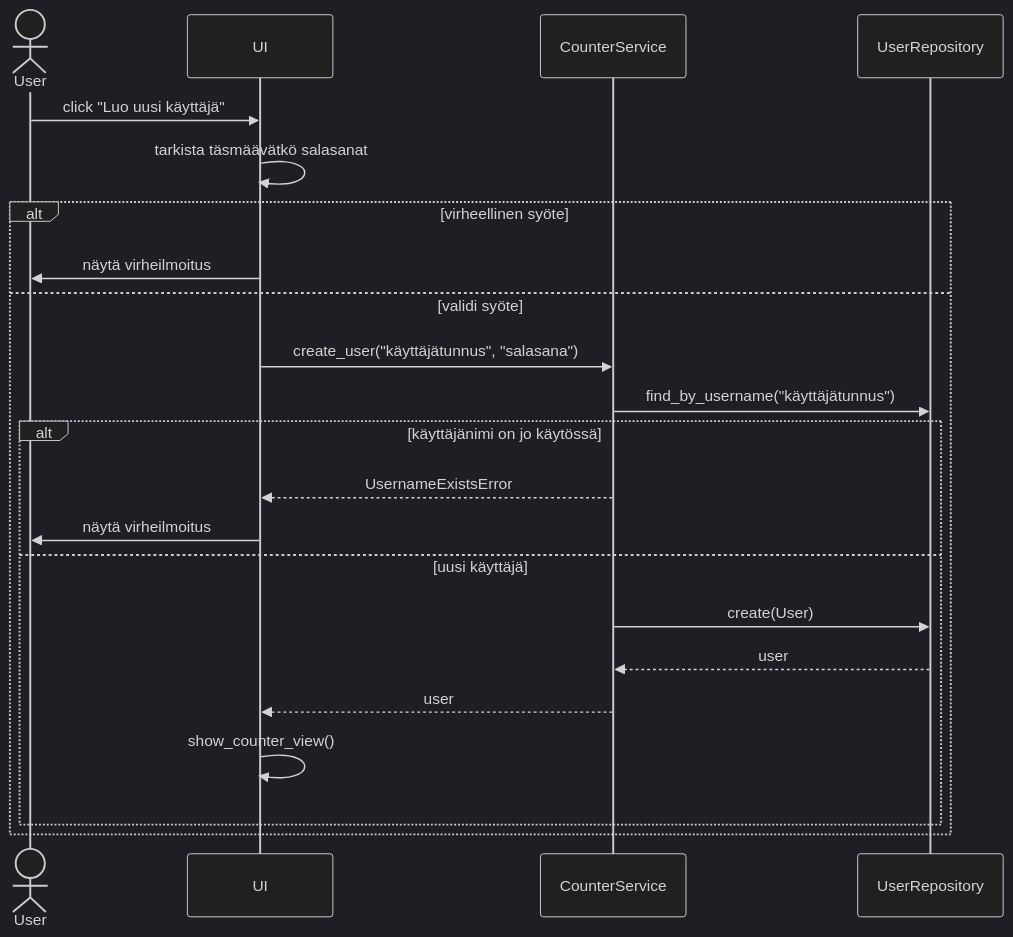
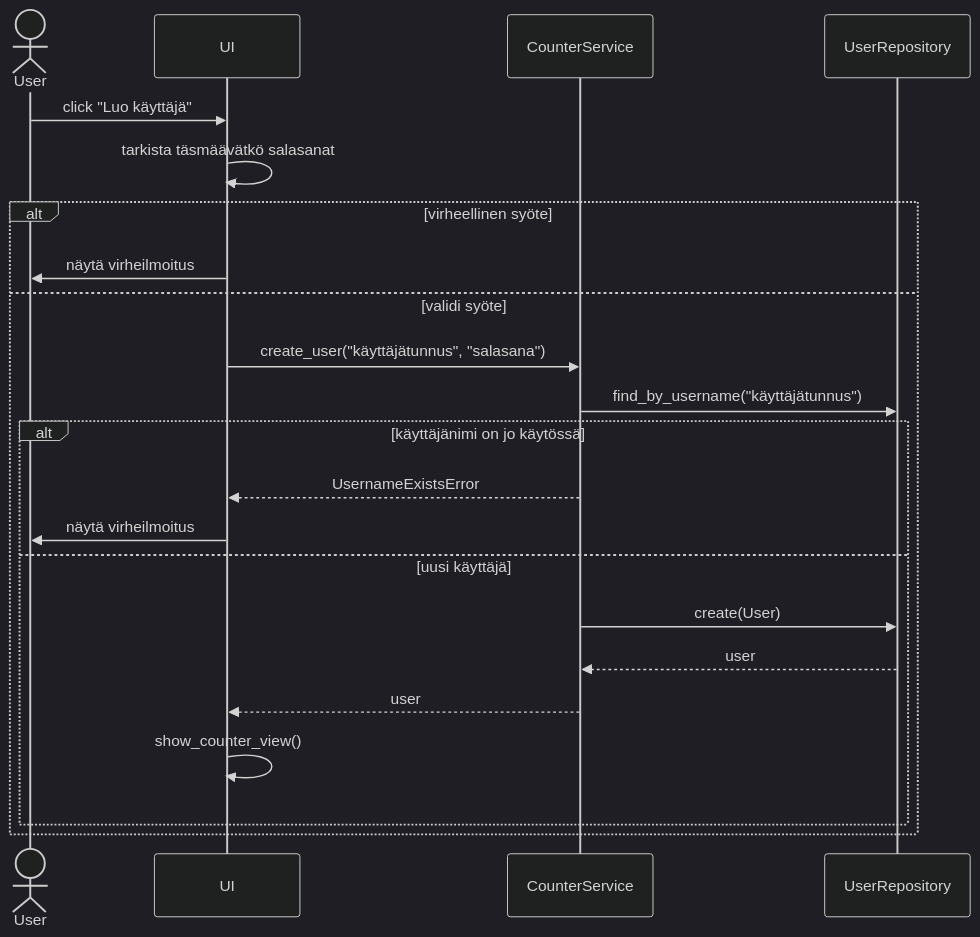
The fourth of 6 diagrams in sovellus/dokumentaatio/arkkitehtuuri.md (varkkha/ot-harjoitustyo), drawn with Mermaid (dark theme) before and after one commit. The commit also changed other lines of this file and 3 other files, not shown here.

````diff
--- a/sovellus/dokumentaatio/arkkitehtuuri.md
+++ b/sovellus/dokumentaatio/arkkitehtuuri.md
@@ -86,25 +111,25 @@
 ```mermaid
 sequenceDiagram
   actor User
   participant UI
   participant CounterService
   participant UserRepository
 
-  User->>UI: click "Luo uusi käyttäjä"
+  User->>UI: click "Luo käyttäjä"
   UI->>UI: tarkista täsmäävätkö salasanat
   alt virheellinen syöte
     UI->>User: näytä virheilmoitus
   else validi syöte
     UI->>CounterService: create_user("käyttäjätunnus", "salasana")
     CounterService->>UserRepository: find_by_username("käyttäjätunnus")
     alt käyttäjänimi on jo käytössä
       CounterService-->>UI: UsernameExistsError
       UI->>User: näytä virheilmoitus
     else uusi käyttäjä
       CounterService->>UserRepository: create(User)
       UserRepository-->>CounterService: user
       CounterService-->>UI: user
       UI->>UI: show_counter_view()
     end
   end
 ```
````
